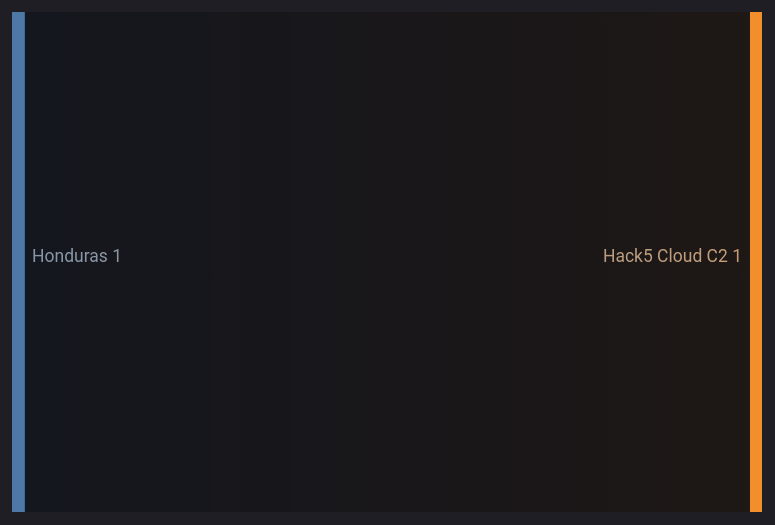
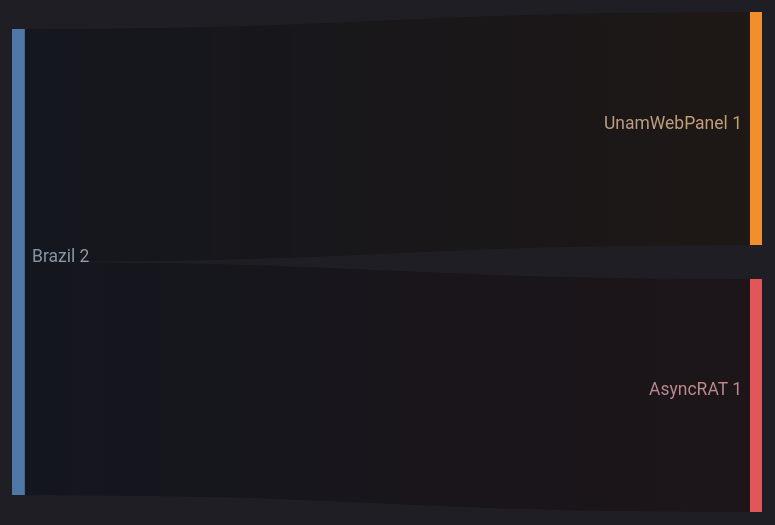
The seventh of 8 diagrams in zolim.md (ZoqueLabs/website), drawn with Mermaid before and after one commit. The commit also changed other lines of this file, not shown here.

````diff
--- a/zolim.md
+++ b/zolim.md
@@ -222,9 +221,10 @@
 ```mermaid
 ---
 config:
   theme: dark
 ---
 %% Δ Country → Threat (new edges)
 sankey-beta
-  Honduras,Hack5 Cloud C2,1
+  Brazil,UnamWebPanel,1
+  Brazil,AsyncRAT,1
 ```
````
